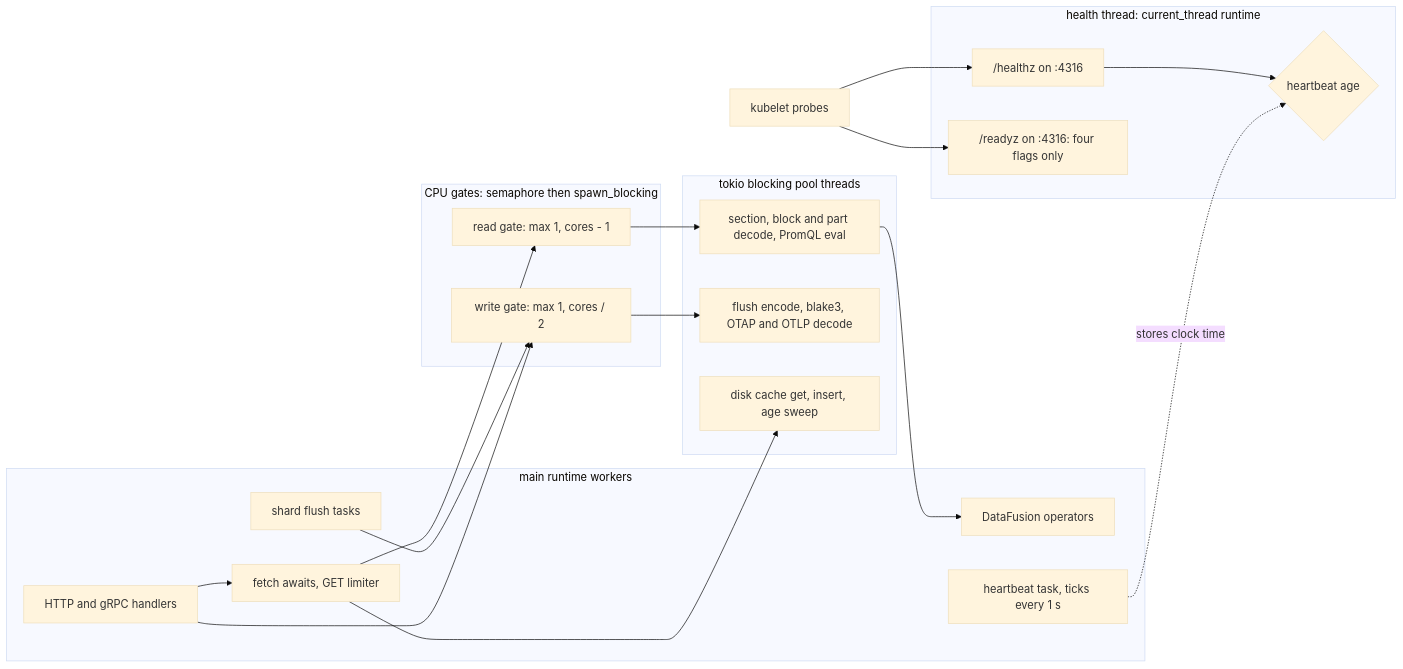
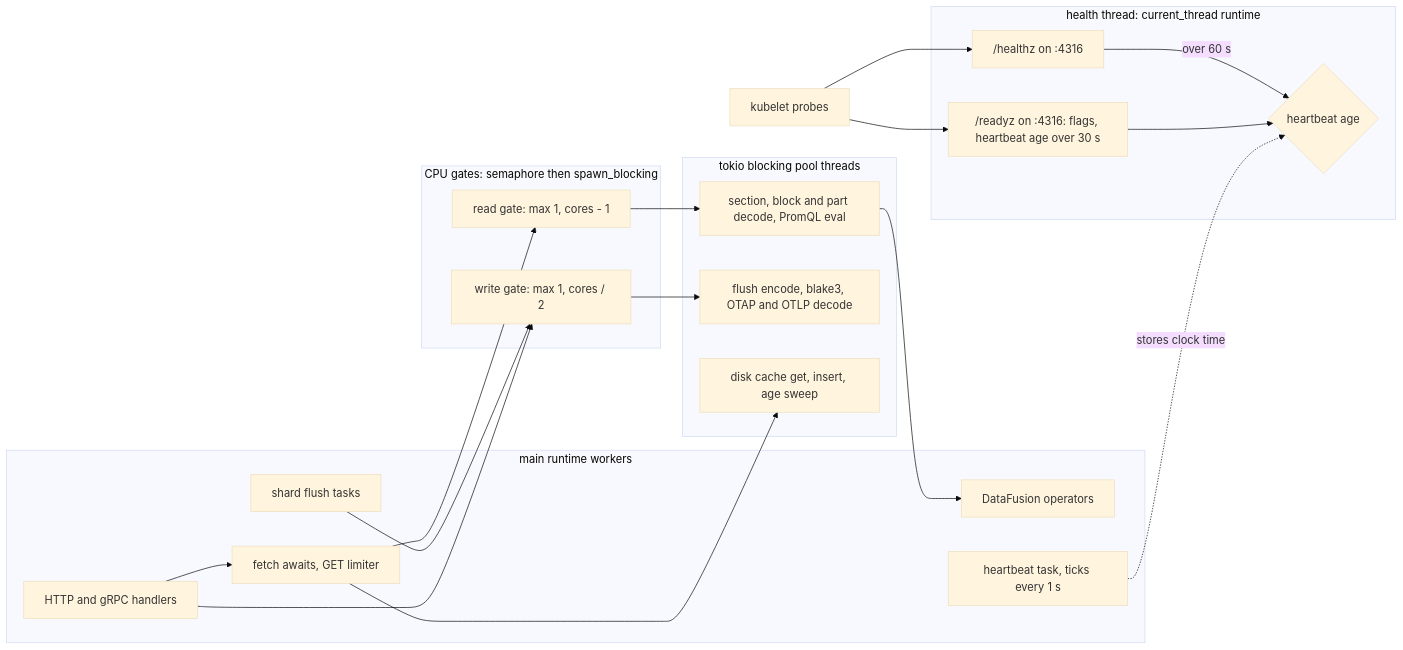
One commit to NOFireAI/ravel changed the diagram in docs/adrs/1702-cpu-gate-and-isolated-liveness.md. Above: the diagram before and after it, drawn with Mermaid (base theme). The commit also changed other lines of this file and 1 other file, not shown here.

````diff
--- a/docs/adrs/1702-cpu-gate-and-isolated-liveness.md
+++ b/docs/adrs/1702-cpu-gate-and-isolated-liveness.md
@@ -243,33 +255,34 @@
 ```mermaid
 flowchart LR
     subgraph health [health thread: current_thread runtime]
         H["/healthz on :4316"]
-        RZ["/readyz on :4316: four flags only"]
+        RZ["/readyz on :4316: flags, heartbeat age over 30 s"]
         HB{heartbeat age}
-        H --> HB
+        H -- "over 60 s" --> HB
+        RZ --> HB
     end
     subgraph workers [main runtime workers]
         R[HTTP and gRPC handlers]
         F[fetch awaits, GET limiter]
         Q[DataFusion operators]
         T[heartbeat task, ticks every 1 s]
         FL[shard flush tasks]
     end
     subgraph gates [CPU gates: semaphore then spawn_blocking]
         GR[read gate: max 1, cores - 1]
         GW[write gate: max 1, cores / 2]
     end
     subgraph blocking [tokio blocking pool threads]
         D[section, block and part decode, PromQL eval]
         E[flush encode, blake3, OTAP and OTLP decode]
         IO[disk cache get, insert, age sweep]
     end
     K[kubelet probes] --> H
     K --> RZ
     T -. stores clock time .-> HB
     R --> F --> GR --> D
     FL --> GW
     R --> GW --> E
     F --> IO
     D --> Q
 ```
````
